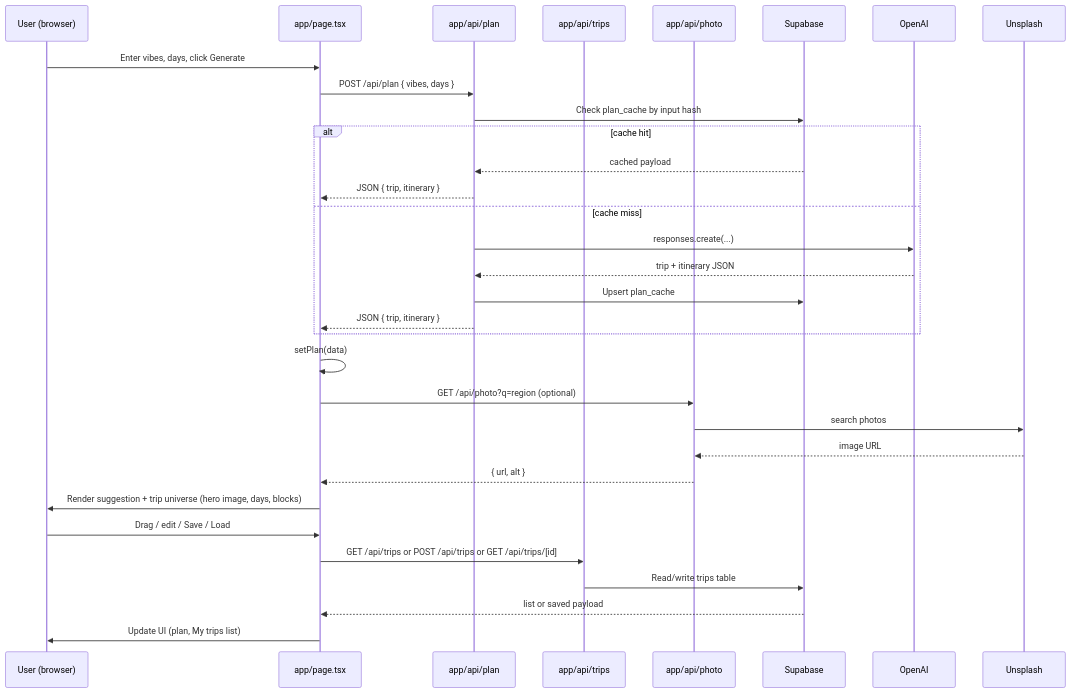
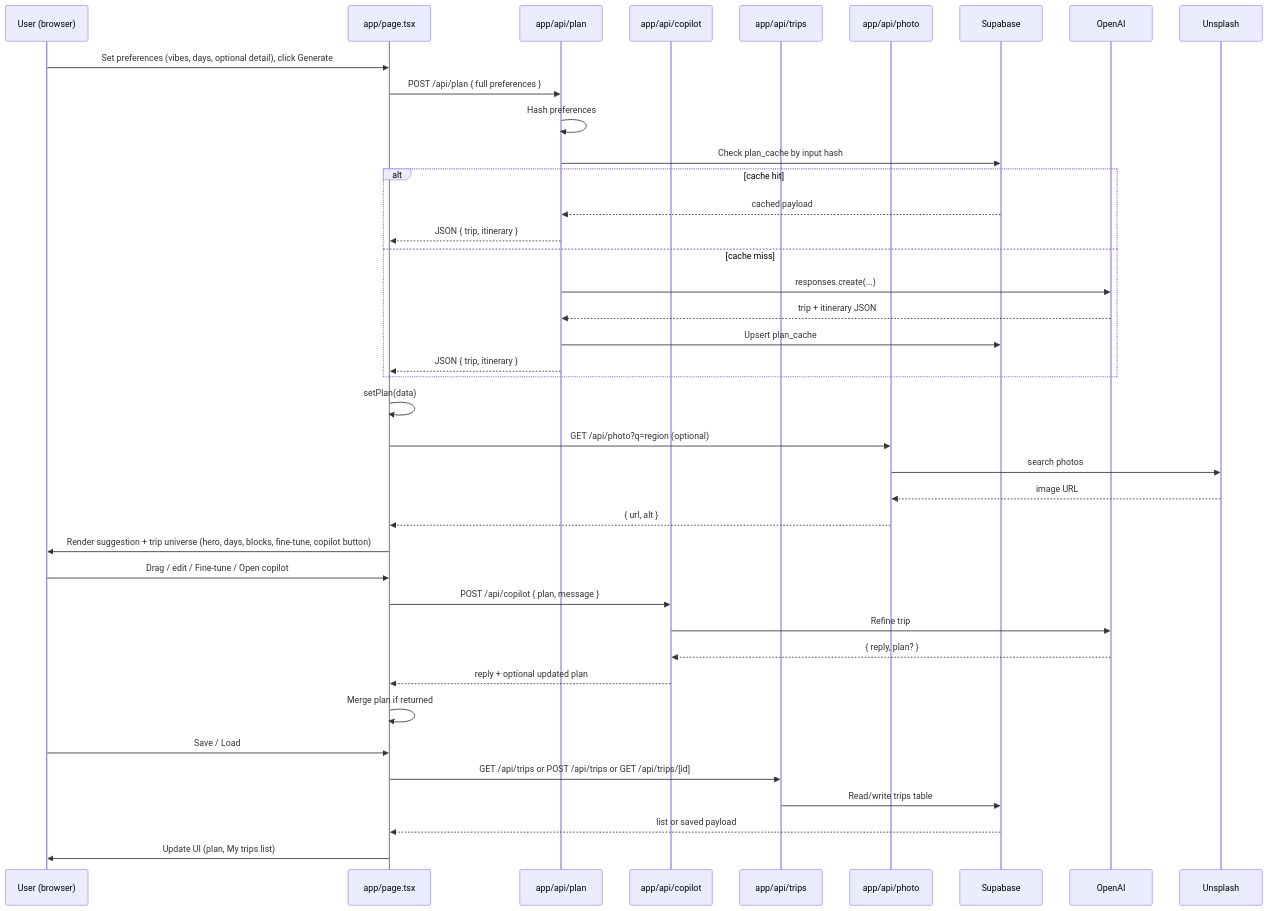
The second of 4 diagrams in docs/how-it-works.md (RaphLed/travel-planner), drawn with Mermaid before and after one commit. The commit also changed other lines of this file and 10 other files, not shown here.

First line of the commit message:
feat: trip dimensions, AI copilot, trip universe fine-tune

````diff
--- a/docs/how-it-works.md
+++ b/docs/how-it-works.md
@@ -26,35 +28,43 @@
 ```mermaid
 sequenceDiagram
   participant U as User (browser)
   participant P as app/page.tsx
   participant PlanAPI as app/api/plan
+  participant CopilotAPI as app/api/copilot
   participant TripsAPI as app/api/trips
   participant PhotoAPI as app/api/photo
   participant Supabase as Supabase
   participant OAI as OpenAI
   participant Unsplash as Unsplash
 
-  U->>P: Enter vibes, days, click Generate
-  P->>PlanAPI: POST /api/plan { vibes, days }
+  U->>P: Set preferences (vibes, days, optional detail), click Generate
+  P->>PlanAPI: POST /api/plan { full preferences }
+  PlanAPI->>PlanAPI: Hash preferences
   PlanAPI->>Supabase: Check plan_cache by input hash
   alt cache hit
     Supabase-->>PlanAPI: cached payload
     PlanAPI-->>P: JSON { trip, itinerary }
   else cache miss
     PlanAPI->>OAI: responses.create(...)
     OAI-->>PlanAPI: trip + itinerary JSON
     PlanAPI->>Supabase: Upsert plan_cache
     PlanAPI-->>P: JSON { trip, itinerary }
   end
   P->>P: setPlan(data)
   P->>PhotoAPI: GET /api/photo?q=region (optional)
   PhotoAPI->>Unsplash: search photos
   Unsplash-->>PhotoAPI: image URL
   PhotoAPI-->>P: { url, alt }
-  P->>U: Render suggestion + trip universe (hero image, days, blocks)
-  U->>P: Drag / edit / Save / Load
+  P->>U: Render suggestion + trip universe (hero, days, blocks, fine-tune, copilot button)
+  U->>P: Drag / edit / Fine-tune / Open copilot
+  P->>CopilotAPI: POST /api/copilot { plan, message }
+  CopilotAPI->>OAI: Refine trip
+  OAI-->>CopilotAPI: { reply, plan? }
+  CopilotAPI-->>P: reply + optional updated plan
+  P->>P: Merge plan if returned
+  U->>P: Save / Load
   P->>TripsAPI: GET /api/trips or POST /api/trips or GET /api/trips/[id]
   TripsAPI->>Supabase: Read/write trips table
   Supabase-->>P: list or saved payload
   P->>U: Update UI (plan, My trips list)
 ```
````
